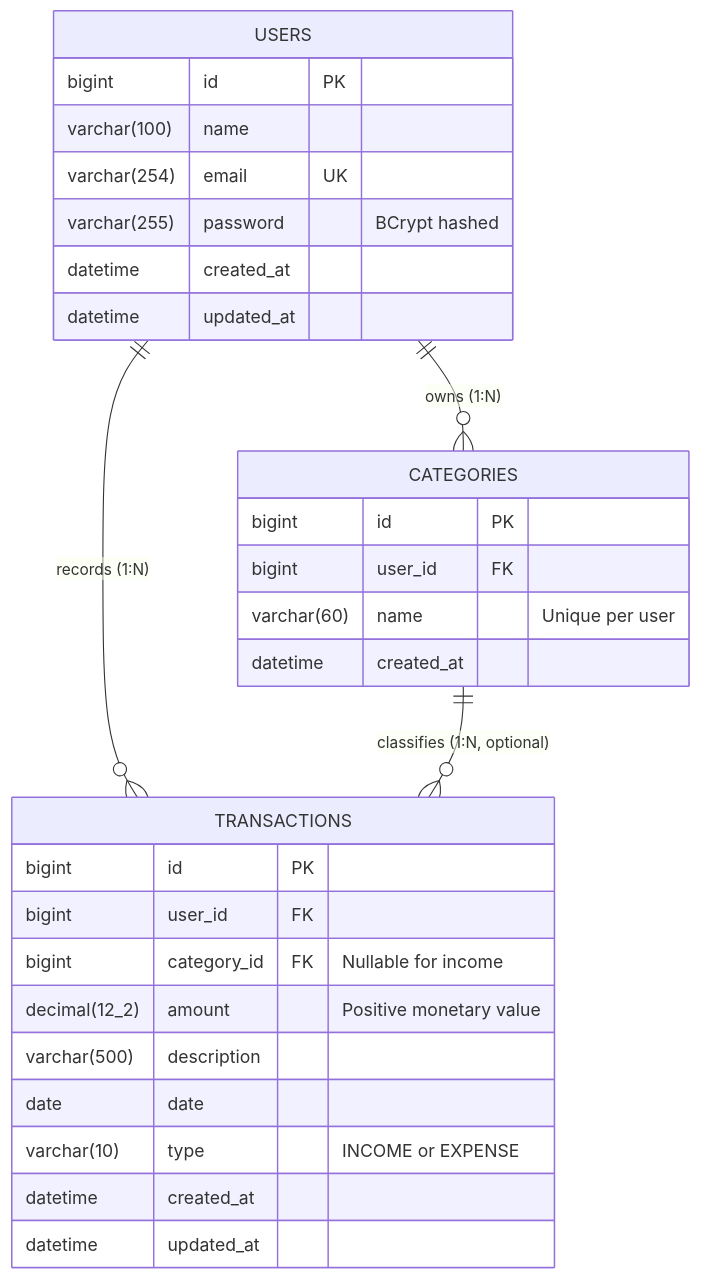
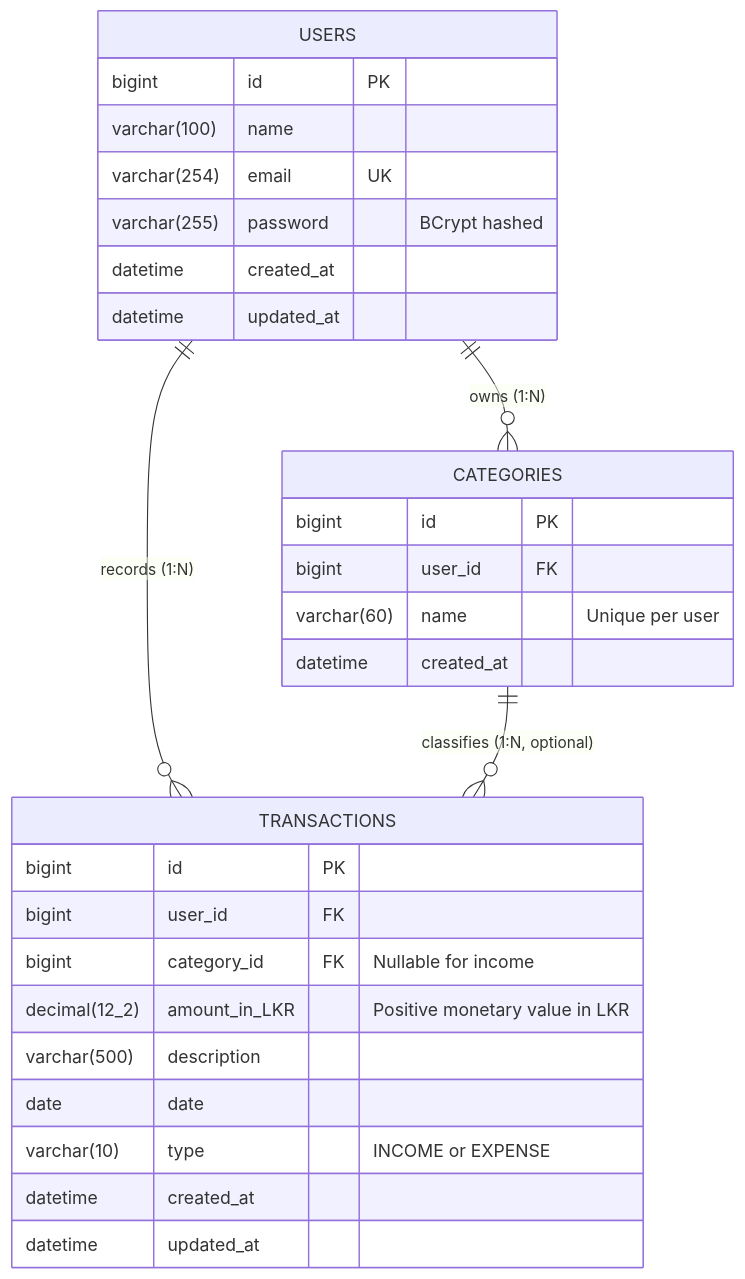
The diagram in README.md (umarharees2003-ghb/personal-expense-tracker), drawn with Mermaid before and after one commit. The commit also changed other lines of this file and 10 other files, not shown here.

Commit message:
Rename 'amount' column to 'amount_in_LKR' in Transaction entity and update related logic; implement currency conversion utility and enhance UI for currency display and selection.

````diff
--- a/README.md
+++ b/README.md
@@ -76,34 +76,34 @@
 ```mermaid
 erDiagram
     USERS ||--o{ CATEGORIES : "owns (1:N)"
     USERS ||--o{ TRANSACTIONS : "records (1:N)"
     CATEGORIES ||--o{ TRANSACTIONS : "classifies (1:N, optional)"
 
     USERS {
         bigint id PK
         varchar(100) name
         varchar(254) email UK
         varchar(255) password "BCrypt hashed"
         datetime created_at
         datetime updated_at
     }
 
     CATEGORIES {
         bigint id PK
         bigint user_id FK
         varchar(60) name "Unique per user"
         datetime created_at
     }
 
     TRANSACTIONS {
         bigint id PK
         bigint user_id FK
         bigint category_id FK "Nullable for income"
-        decimal(12_2) amount "Positive monetary value"
+        decimal(12_2) amount_in_LKR "Positive monetary value in LKR"
         varchar(500) description
         date date
         varchar(10) type "INCOME or EXPENSE"
         datetime created_at
         datetime updated_at
     }
 ```
````
